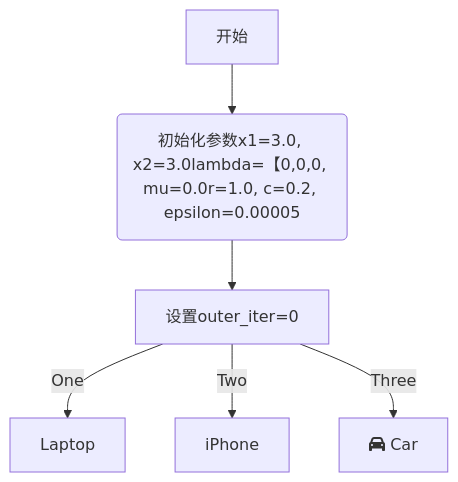
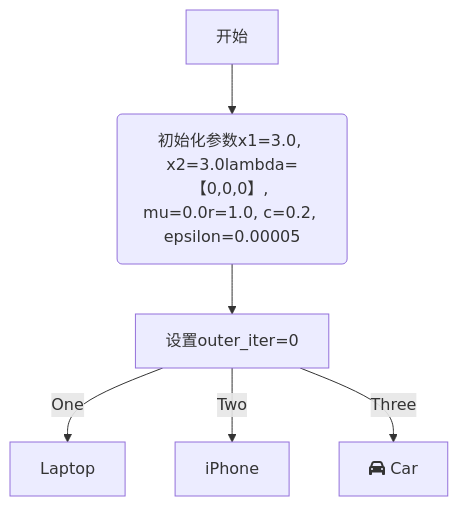
One commit to xingxingmao123/iodraw-files changed the diagram in all/未命名-1.md. Above: the diagram before and after it, drawn with Mermaid.

Commit message:
2025-06-24 14:02:56 update

````diff
--- a/all/未命名-1.md
+++ b/all/未命名-1.md
@@ -1,8 +1,8 @@
 ```mermaid
 graph TD
-    A[开始] --> B(初始化参数x1=3.0, x2=3.0lambda=【0,0,0, mu=0.0r=1.0, c=0.2, epsilon=0.00005)
+    A[开始] --> B(初始化参数x1=3.0, x2=3.0lambda=【0,0,0】, mu=0.0r=1.0, c=0.2, epsilon=0.00005)
     B --> C[设置outer_iter=0]
     C -->|One| D[Laptop]
     C -->|Two| E[iPhone]
     C -->|Three| F[fa:fa-car Car]
 ```
````
